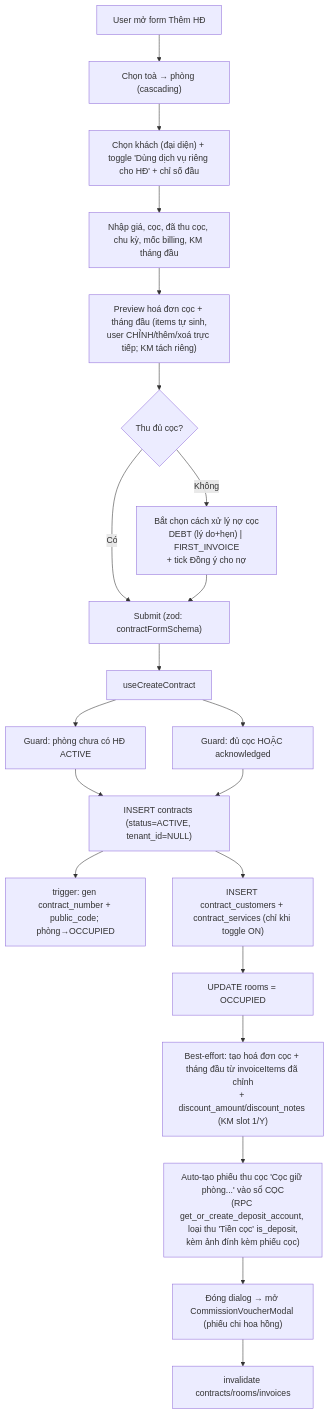
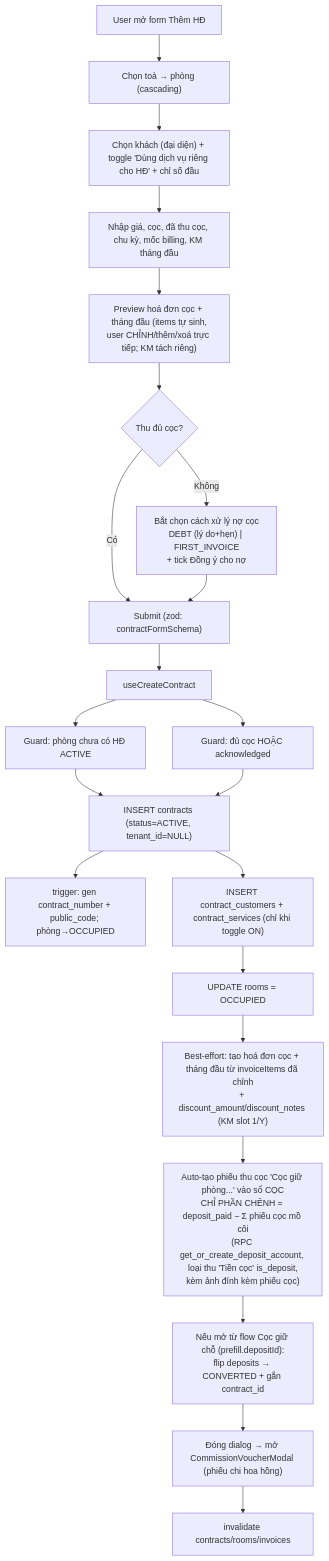
The third of 4 diagrams in docs/he-thong/05-hop-dong.md (zxGreenxz/whiteboard-ihomecrm), drawn with Mermaid before and after one commit. The commit also changed other lines of this file and 11 other files, not shown here.

````diff
--- a/docs/he-thong/05-hop-dong.md
+++ b/docs/he-thong/05-hop-dong.md
@@ -301,22 +301,23 @@
 ```mermaid
 flowchart TD
     A["User mở form Thêm HĐ"] --> B["Chọn toà → phòng (cascading)"]
     B --> C["Chọn khách (đại diện) + toggle 'Dùng dịch vụ riêng cho HĐ' + chỉ số đầu"]
     C --> D["Nhập giá, cọc, đã thu cọc, chu kỳ, mốc billing, KM tháng đầu"]
     D --> P0["Preview hoá đơn cọc + tháng đầu (items tự sinh,<br/>user CHỈNH/thêm/xoá trực tiếp; KM tách riêng)"]
     P0 --> E{"Thu đủ cọc?"}
     E -- "Không" --> F["Bắt chọn cách xử lý nợ cọc<br/>DEBT (lý do+hẹn) | FIRST_INVOICE<br/>+ tick Đồng ý cho nợ"]
     E -- "Có" --> G
     F --> G["Submit (zod: contractFormSchema)"]
     G --> H["useCreateContract"]
     H --> I["Guard: phòng chưa có HĐ ACTIVE"]
     H --> J["Guard: đủ cọc HOẶC acknowledged"]
     I & J --> K["INSERT contracts (status=ACTIVE, tenant_id=NULL)"]
     K --> L["trigger: gen contract_number + public_code; phòng→OCCUPIED"]
     K --> M["INSERT contract_customers + contract_services (chỉ khi toggle ON)"]
     M --> N["UPDATE rooms = OCCUPIED"]
     N --> O["Best-effort: tạo hoá đơn cọc + tháng đầu từ invoiceItems đã chỉnh<br/>+ discount_amount/discount_notes (KM slot 1/Y)"]
-    O --> Q["Auto-tạo phiếu thu cọc 'Cọc giữ phòng...' vào sổ CỌC<br/>(RPC get_or_create_deposit_account, loại thu 'Tiền cọc' is_deposit,<br/>kèm ảnh đính kèm phiếu cọc)"]
-    Q --> R["Đóng dialog → mở CommissionVoucherModal (phiếu chi hoa hồng)"]
+    O --> Q["Auto-tạo phiếu thu cọc 'Cọc giữ phòng...' vào sổ CỌC<br/>CHỈ PHẦN CHÊNH = deposit_paid − Σ phiếu cọc mồ côi<br/>(RPC get_or_create_deposit_account, loại thu 'Tiền cọc' is_deposit,<br/>kèm ảnh đính kèm phiếu cọc)"]
+    Q --> Q2["Nếu mở từ flow Cọc giữ chỗ (prefill.depositId):<br/>flip deposits → CONVERTED + gắn contract_id"]
+    Q2 --> R["Đóng dialog → mở CommissionVoucherModal (phiếu chi hoa hồng)"]
     R --> P["invalidate contracts/rooms/invoices"]
 ```
````
